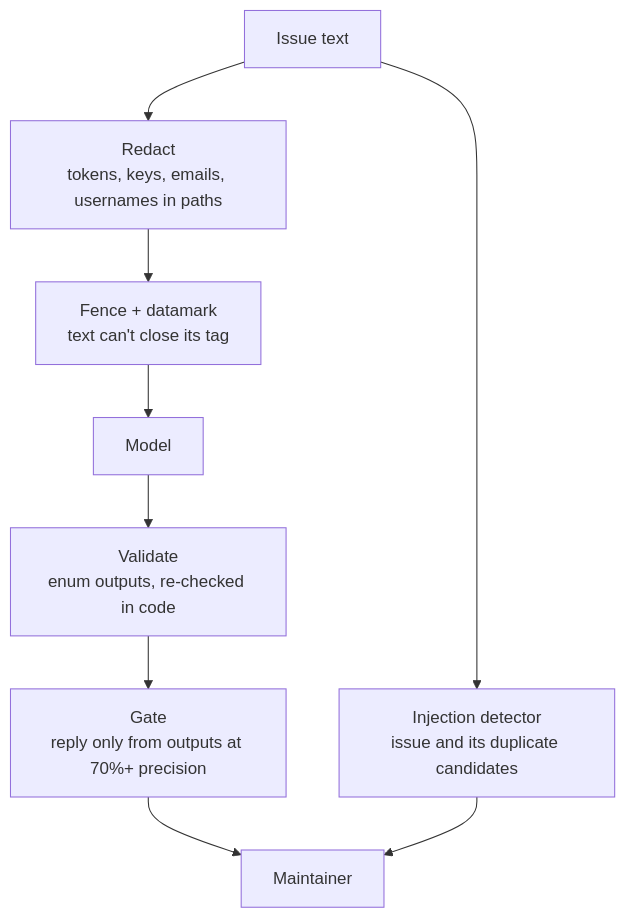
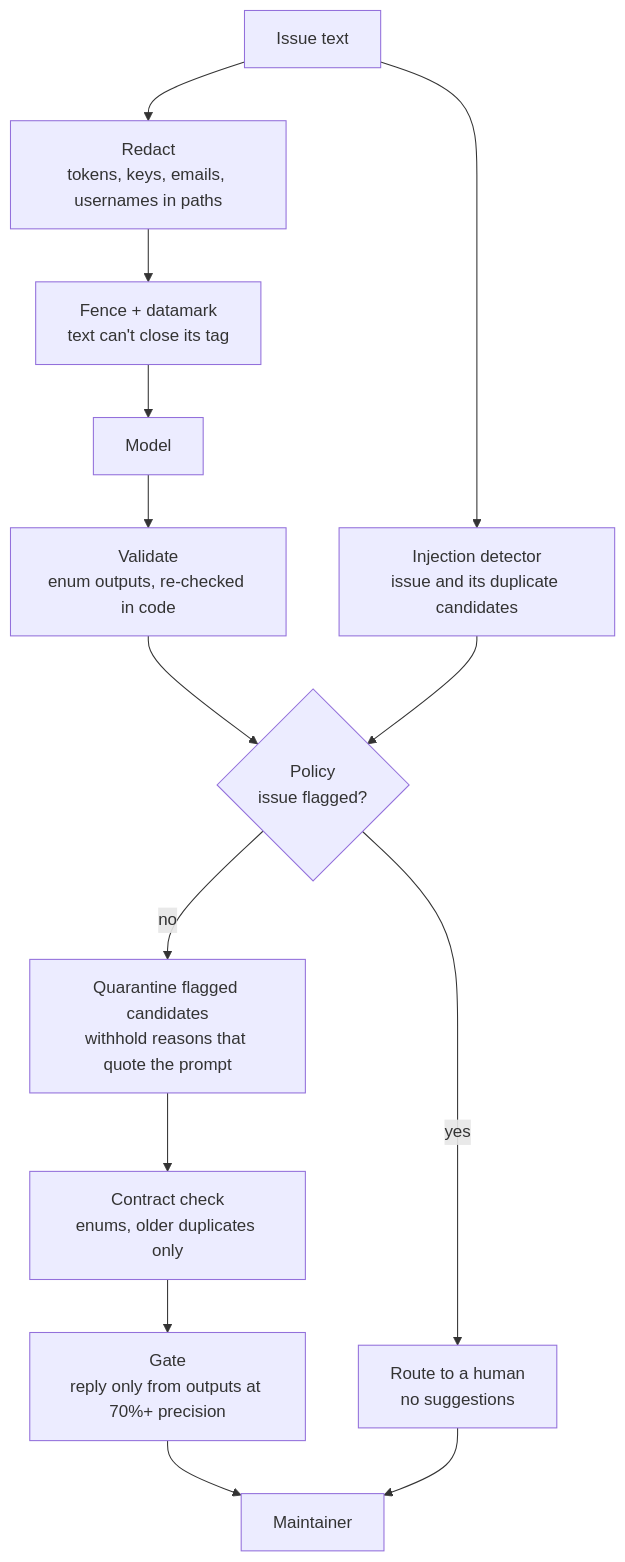
One commit to shashank11yadav/pytest-triage changed the fourth of 5 diagrams in README.md. Above: the diagram before and after it, drawn with Mermaid. The commit also changed other lines of this file and 27 other files, not shown here.

First line of the commit message:
Add a regression gate, slice and coverage evals, and output policy

````diff
--- a/README.md
+++ b/README.md
@@ -247,11 +335,16 @@
 ```mermaid
 flowchart TD
     I[Issue text] --> R["Redact<br/>tokens, keys, emails, usernames in paths"]
     I --> D["Injection detector<br/>issue and its duplicate candidates"]
     R --> F["Fence + datamark<br/>text can't close its tag"]
     F --> M[Model]
     M --> V["Validate<br/>enum outputs, re-checked in code"]
-    V --> G["Gate<br/>reply only from outputs at 70%+ precision"]
+    V --> P{"Policy<br/>issue flagged?"}
+    P -- yes --> HU["Route to a human<br/>no suggestions"]
+    P -- no --> Q["Quarantine flagged candidates<br/>withhold reasons that quote the prompt"]
+    Q --> C["Contract check<br/>enums, older duplicates only"]
+    C --> G["Gate<br/>reply only from outputs at 70%+ precision"]
     G --> H[Maintainer]
-    D --> H
+    HU --> H
+    D --> P
 ```
````
